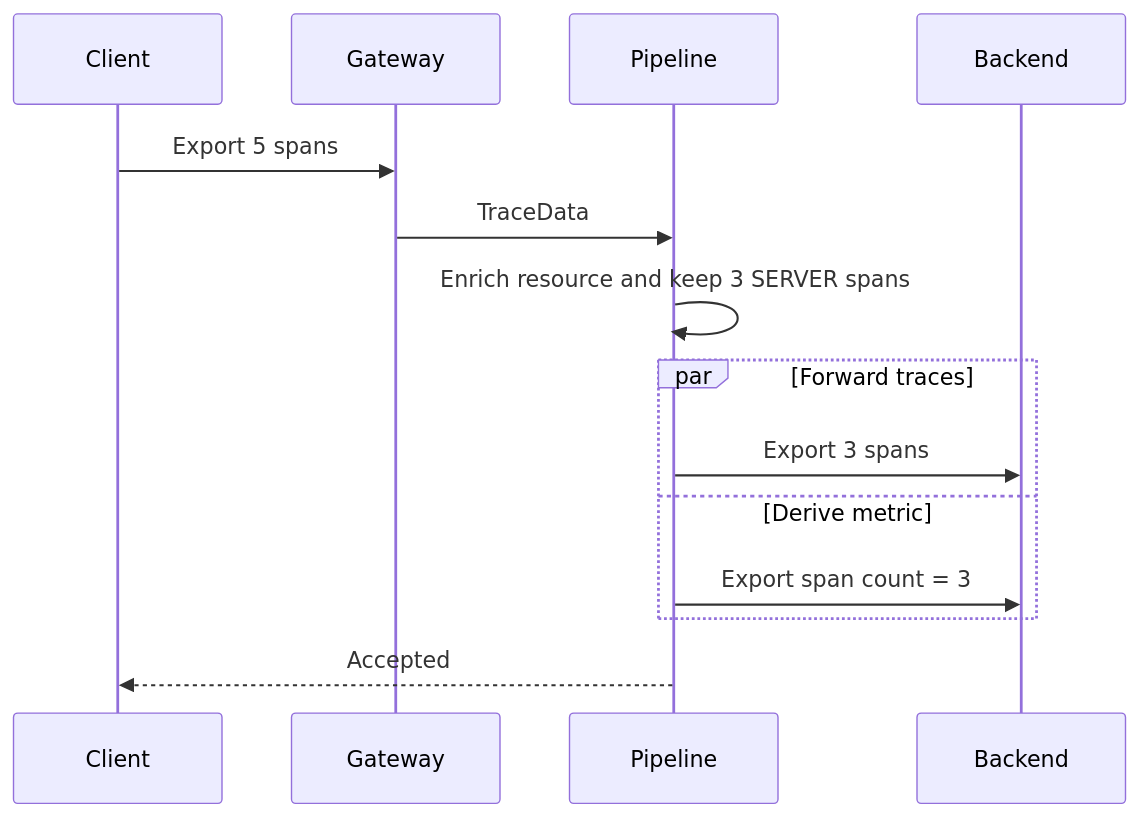
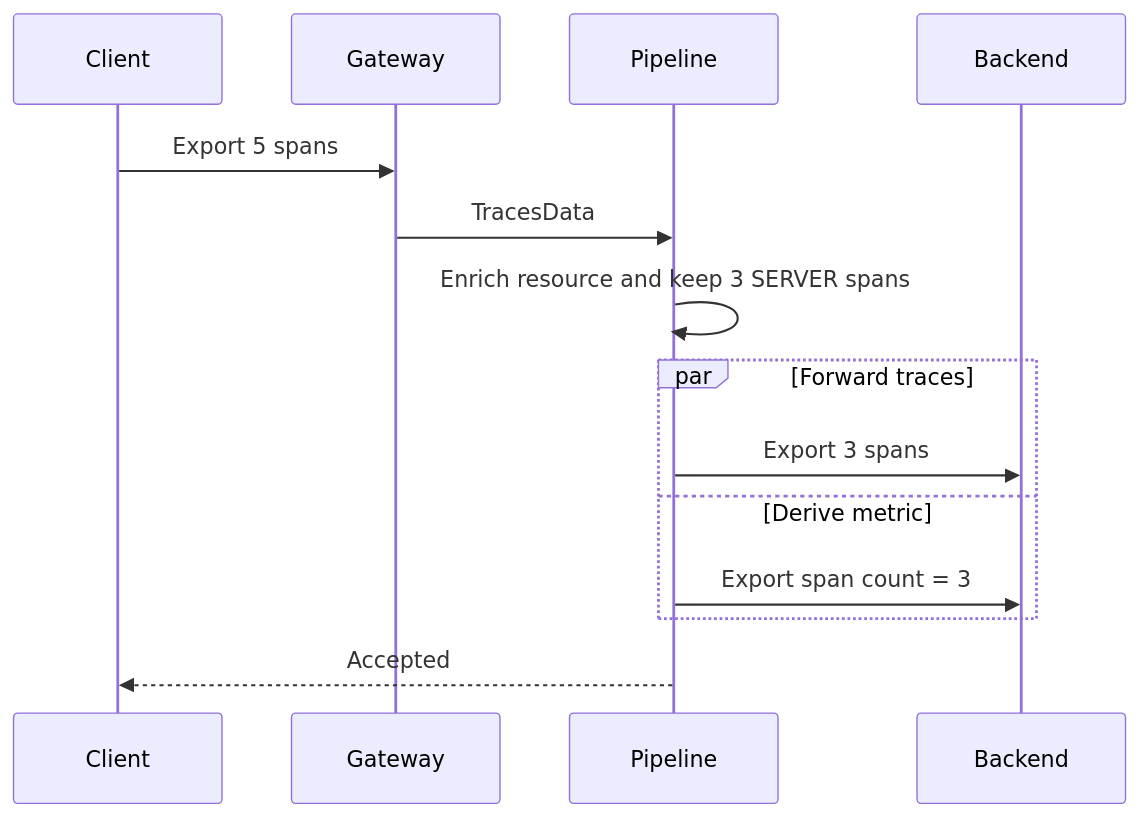
Before and after one commit to thiagogcm/otlp4j: the diagram in otlp4j-samples/README.md, drawn with Mermaid. The commit also changed 99 other files, not shown here.

````diff
--- a/otlp4j-samples/README.md
+++ b/otlp4j-samples/README.md
@@ -7,17 +7,17 @@
 ```mermaid
 sequenceDiagram
     participant Client
     participant Gateway
     participant Pipeline
     participant Backend
 
     Client->>Gateway: Export 5 spans
-    Gateway->>Pipeline: TraceData
+    Gateway->>Pipeline: TracesData
     Pipeline->>Pipeline: Enrich resource and keep 3 SERVER spans
     par Forward traces
         Pipeline->>Backend: Export 3 spans
     and Derive metric
         Pipeline->>Backend: Export span count = 3
     end
     Pipeline-->>Client: Accepted
 ```
````
